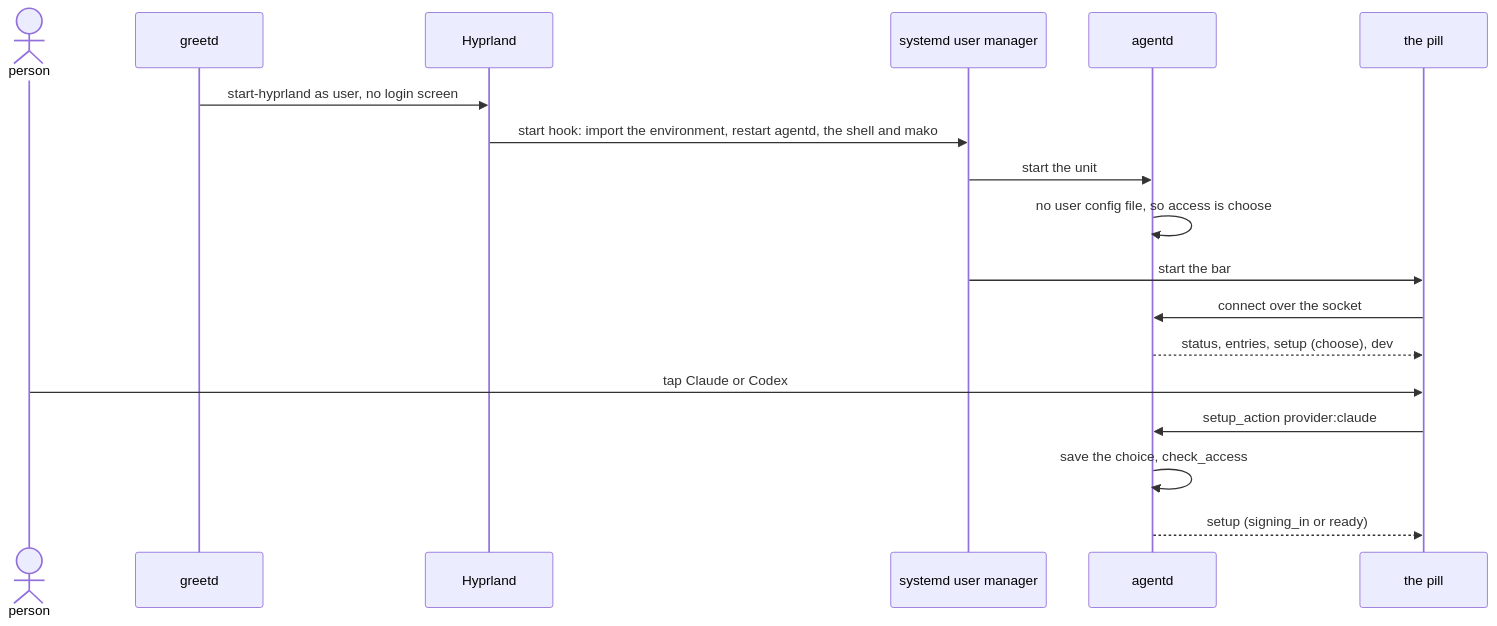
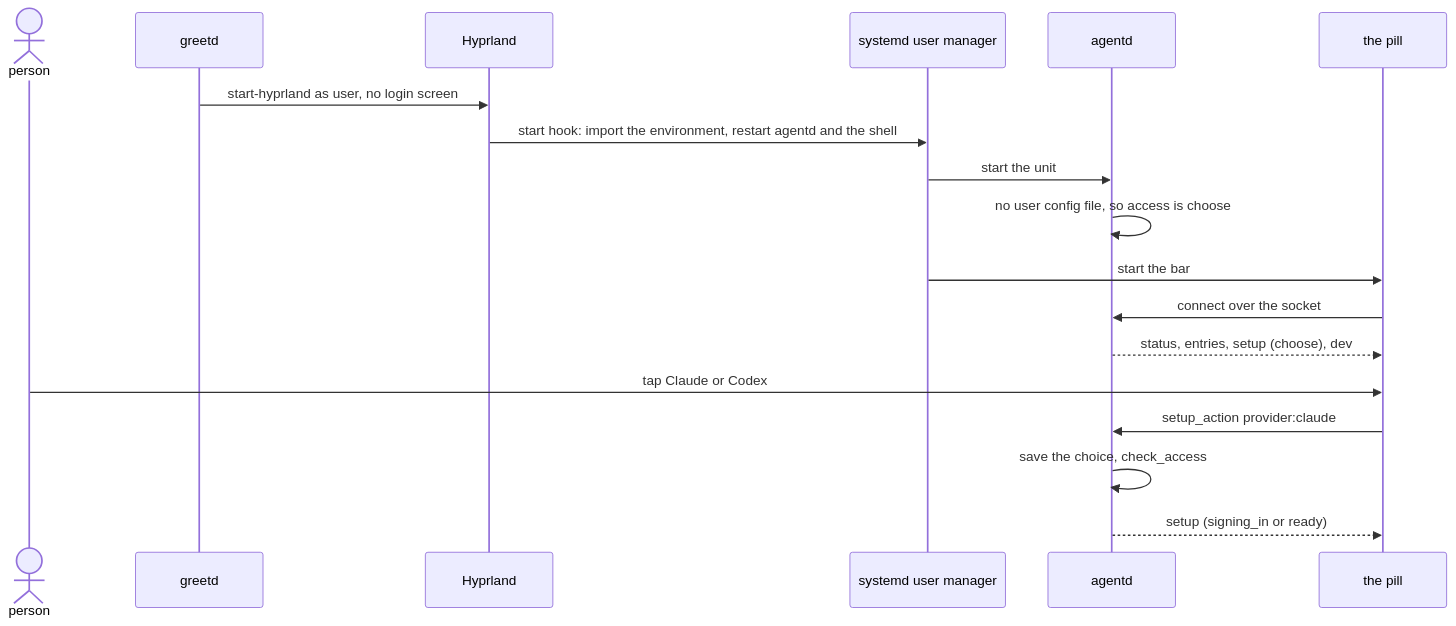
The first of 21 diagrams in docs/ux/flows.md (thedefaultman/Bombadil), drawn with Mermaid before and after one commit. The commit also changed other lines of this file and 14 other files, not shown here.

First line of the commit message:
docs: image and testing pages, UX flows, reference, security model, glossary, forking guide and briefs updated for messages and connections

````diff
--- a/docs/ux/flows.md
+++ b/docs/ux/flows.md
@@ -14,20 +14,20 @@
 ```mermaid
 sequenceDiagram
     actor U as person
     participant G as greetd
     participant H as Hyprland
     participant S as systemd user manager
     participant A as agentd
     participant P as the pill
     G->>H: start-hyprland as user, no login screen
-    H->>S: start hook: import the environment, restart agentd, the shell and mako
+    H->>S: start hook: import the environment, restart agentd and the shell
     S->>A: start the unit
     A->>A: no user config file, so access is choose
     S->>P: start the bar
     P->>A: connect over the socket
     A-->>P: status, entries, setup (choose), dev
     U->>P: tap Claude or Codex
     P->>A: setup_action provider:claude
     A->>A: save the choice, check_access
     A-->>P: setup (signing_in or ready)
 ```
````
